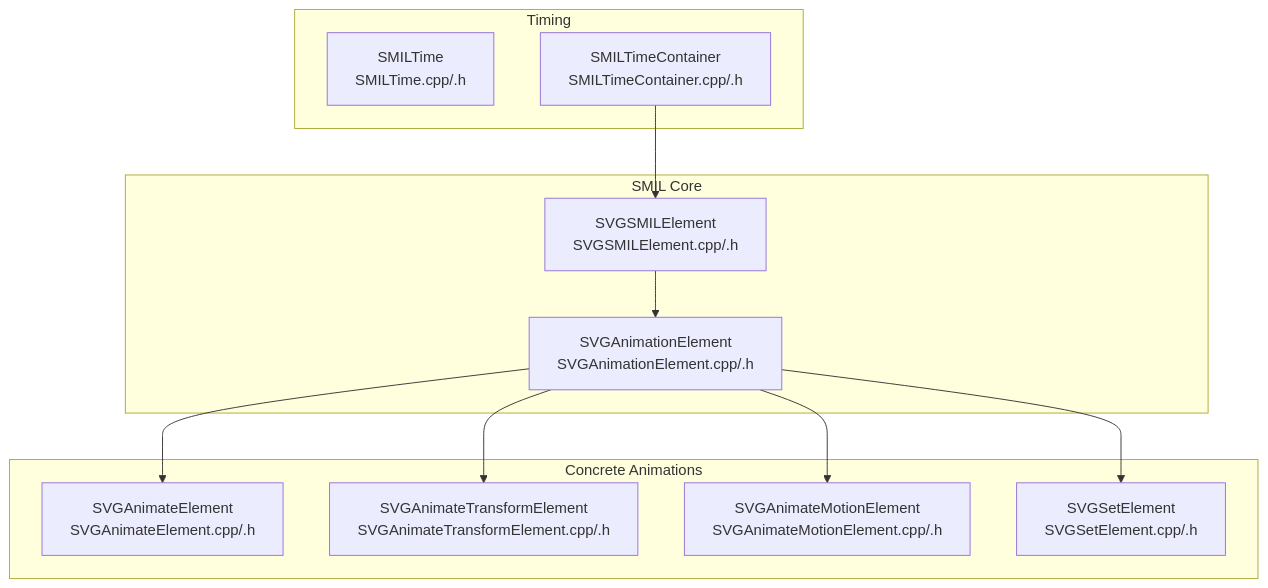
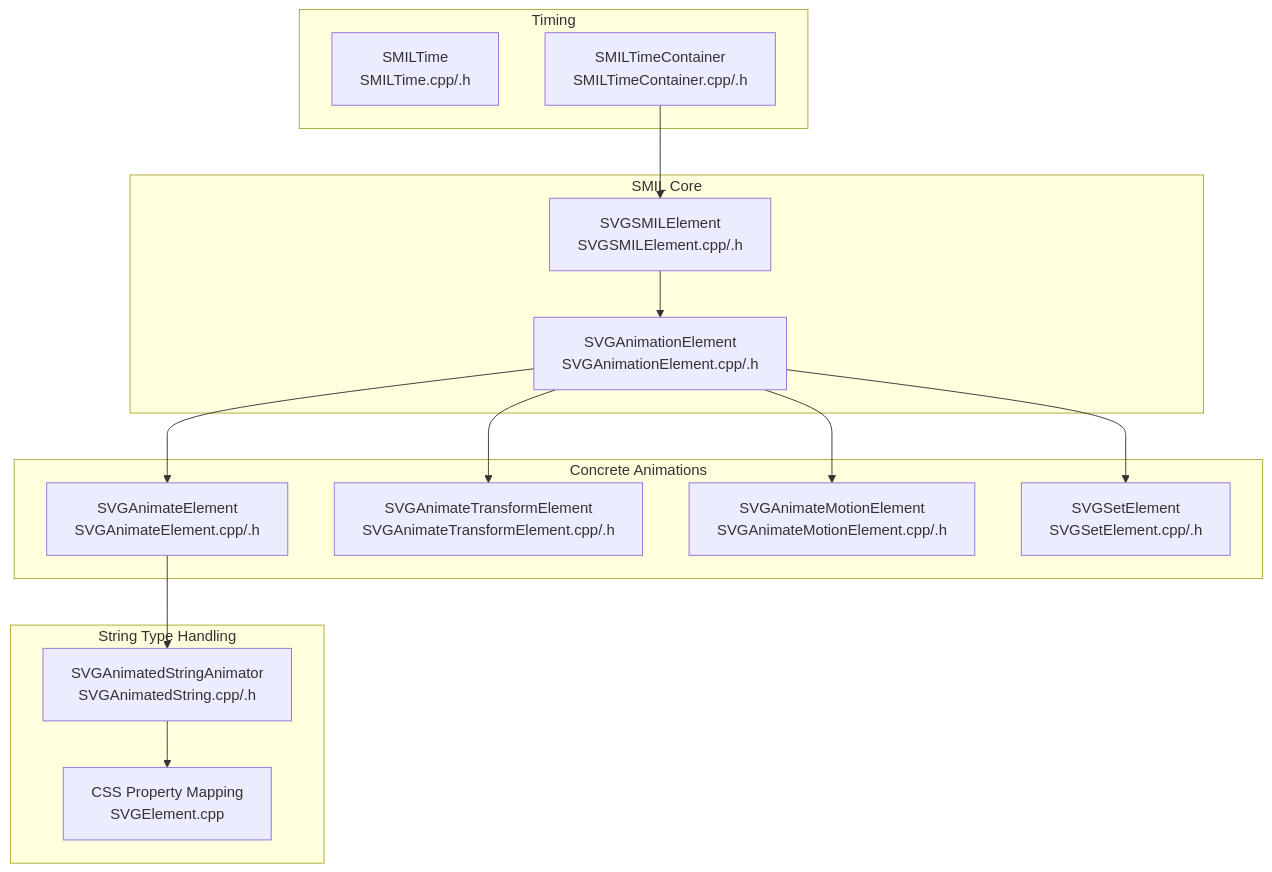
Before and after one commit to denisnadey/flutter_full_svg_support: the first of 9 diagrams in .qoder/repowiki/en/content/Animated SVG Support/SMIL Animation Specification/SMIL Animation Specification.md, drawn with Mermaid. The commit also changed other lines of this file and 40 other files, not shown here.

````diff
--- a/.qoder/repowiki/en/content/Animated SVG Support/SMIL Animation Specification/SMIL Animation Specification.md
+++ b/.qoder/repowiki/en/content/Animated SVG Support/SMIL Animation Specification/SMIL Animation Specification.md
@@ -44,23 +57,29 @@
 ```mermaid
 graph TB
 subgraph "Timing"
 T1["SMILTime<br/>SMILTime.cpp/.h"]
 T2["SMILTimeContainer<br/>SMILTimeContainer.cpp/.h"]
 end
 subgraph "SMIL Core"
 S1["SVGSMILElement<br/>SVGSMILElement.cpp/.h"]
 A1["SVGAnimationElement<br/>SVGAnimationElement.cpp/.h"]
 end
 subgraph "Concrete Animations"
 E1["SVGAnimateElement<br/>SVGAnimateElement.cpp/.h"]
 E2["SVGAnimateTransformElement<br/>SVGAnimateTransformElement.cpp/.h"]
 E3["SVGAnimateMotionElement<br/>SVGAnimateMotionElement.cpp/.h"]
 E4["SVGSetElement<br/>SVGSetElement.cpp/.h"]
 end
+subgraph "String Type Handling"
+ST1["SVGAnimatedStringAnimator<br/>SVGAnimatedString.cpp/.h"]
+ST2["CSS Property Mapping<br/>SVGElement.cpp"]
+end
 T2 --> S1
 S1 --> A1
 A1 --> E1
 A1 --> E2
 A1 --> E3
 A1 --> E4
+E1 --> ST1
+ST1 --> ST2
 ```
````
